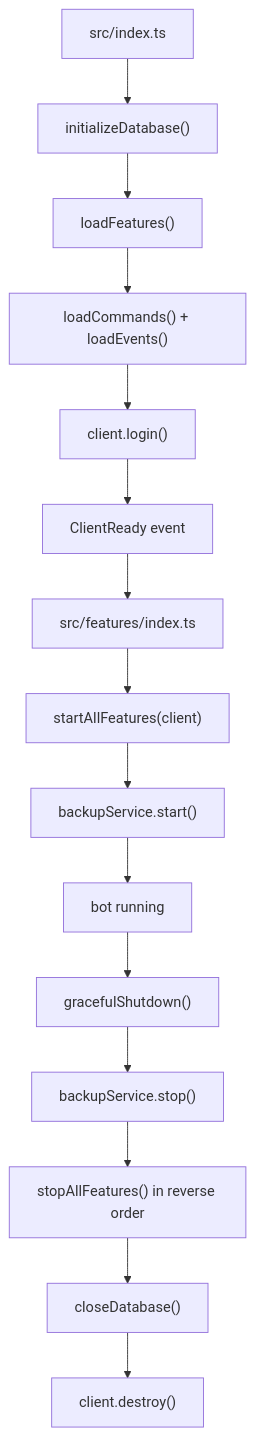
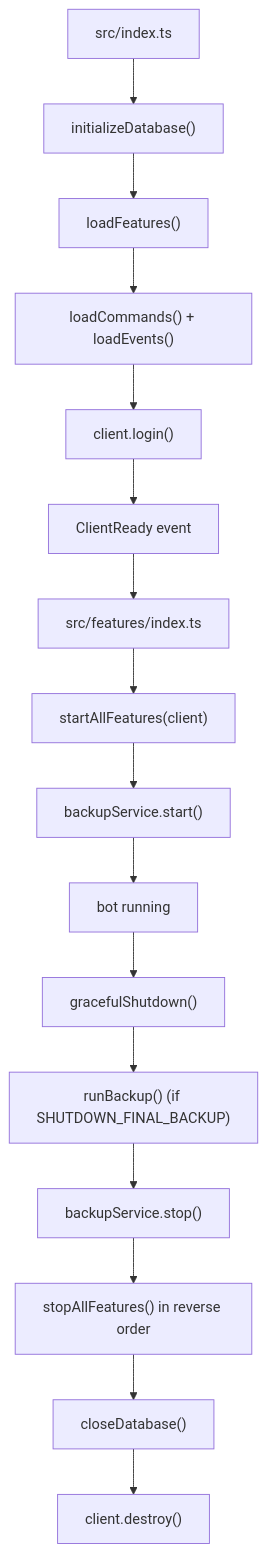
The second of 2 diagrams in docs/architecture.md (iam74k4/DiscordBot), drawn with Mermaid before and after one commit. The commit also changed other lines of this file and 8 other files, not shown here.

First line of the commit message:
docs(architecture): sync layout guidance

````diff
--- a/docs/architecture.md
+++ b/docs/architecture.md
@@ -184,17 +193,18 @@
 ```mermaid
 flowchart TD
   main["src/index.ts"] --> initDb["initializeDatabase()"]
   initDb --> loadFeatures["loadFeatures()"]
   loadFeatures --> loadDiscord["loadCommands() + loadEvents()"]
   loadDiscord --> login["client.login()"]
   login --> ready["ClientReady event"]
   ready --> featureRegistry["src/features/index.ts"]
   featureRegistry --> featureStart["startAllFeatures(client)"]
   featureStart --> backupStart["backupService.start()"]
   backupStart --> running["bot running"]
   running --> shutdown["gracefulShutdown()"]
-  shutdown --> backupStop["backupService.stop()"]
+  shutdown --> finalBackup["runBackup() (if SHUTDOWN_FINAL_BACKUP)"]
+  finalBackup --> backupStop["backupService.stop()"]
   backupStop --> featureStop["stopAllFeatures() in reverse order"]
   featureStop --> closeDb["closeDatabase()"]
   closeDb --> destroyClient["client.destroy()"]
 ```
````
